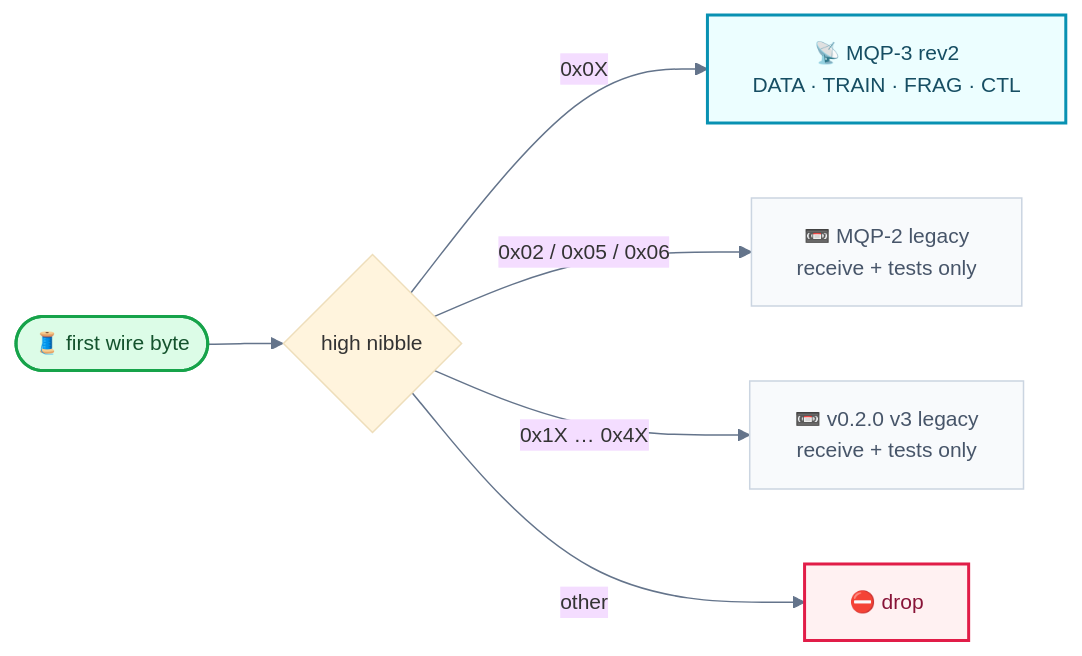
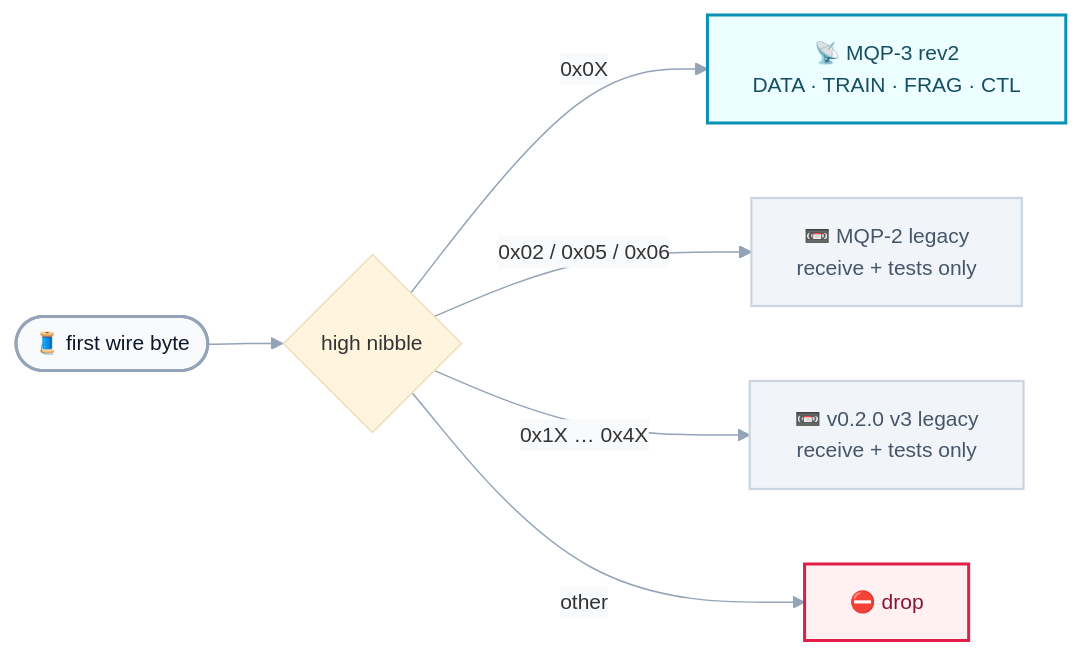
One commit to Terutoki/MyQUIC2 changed diagram 18 of 31 in README.md. Above: the diagram before and after it, drawn with Mermaid. The commit also changed other lines of this file and 14 other files, not shown here.

First line of the commit message:
docs(readme): remove static art and redraw Mermaid atlas

````diff
--- a/README.md
+++ b/README.md
@@ -1586,22 +1607,19 @@
 ```mermaid
-%%{init: {"theme":"base","themeVariables":{"fontSize":"14px","lineColor":"#64748b"}}}%%
+%%{init: {"theme":"base","themeVariables":{"fontSize":"14px","lineColor":"#94a3b8","textColor":"#0f172a","edgeLabelBackground":"#f8fafc"}}}%%
 flowchart LR
-BYTE(["🧵 first wire byte"]) --> N{"high nibble"}
+    accTitle: First-byte safety gate
+    accDescr: The high nibble of the first wire byte selects MQP-3 rev2, a legacy receive-only decoder, or a drop; unknown bytes never reach a parser.
+    BYTE(["🧵 first wire byte"]) --> N{"high nibble"}
     N -->|"0x0X"| R2["📡 MQP-3 rev2<br/>DATA · TRAIN · FRAG · CTL"]
     N -->|"0x02 / 0x05 / 0x06"| V2["📼 MQP-2 legacy<br/>receive + tests only"]
     N -->|"0x1X … 0x4X"| V3["📼 v0.2.0 v3 legacy<br/>receive + tests only"]
     N -->|"other"| DROP["⛔ drop"]
-    class BYTE clientC
-    class R2 wireC
-    class V2,V3 muteC
-    class DROP dangerC
-
-    classDef clientC fill:#dcfce7,stroke:#16a34a,stroke-width:2px,color:#14532d
-    classDef coreC fill:#eef2ff,stroke:#4f46e5,stroke-width:2px,color:#1e1b4b
-    classDef wireC fill:#ecfeff,stroke:#0891b2,stroke-width:2px,color:#164e63
-    classDef warmC fill:#fff7ed,stroke:#fb923c,stroke-width:2px,color:#7c2d12
-    classDef dangerC fill:#fff1f2,stroke:#e11d48,stroke-width:2px,color:#881337
-    classDef muteC fill:#f8fafc,stroke:#cbd5e1,color:#475569
-    classDef noteC fill:#e0e7ff,stroke:#8b5cf6,stroke-width:1.5px,color:#312e81
-    classDef decisionC fill:#fef9c3,stroke:#eab308,stroke-width:2px,color:#713f12
+    classDef app fill:#f8fafc,stroke:#94a3b8,stroke-width:2px,color:#0f172a
+    classDef wire fill:#ecfeff,stroke:#0891b2,stroke-width:2px,color:#164e63
+    classDef mute fill:#f1f5f9,stroke:#cbd5e1,stroke-width:1.5px,color:#475569
+    classDef warn fill:#fff1f2,stroke:#e11d48,stroke-width:2px,color:#881337
+    class BYTE app
+    class R2 wire
+    class V2,V3 mute
+    class DROP warn
 ```
````
